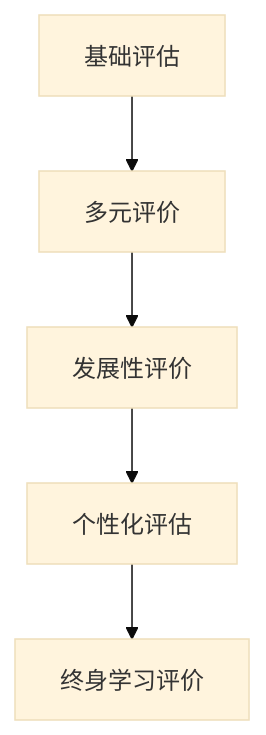
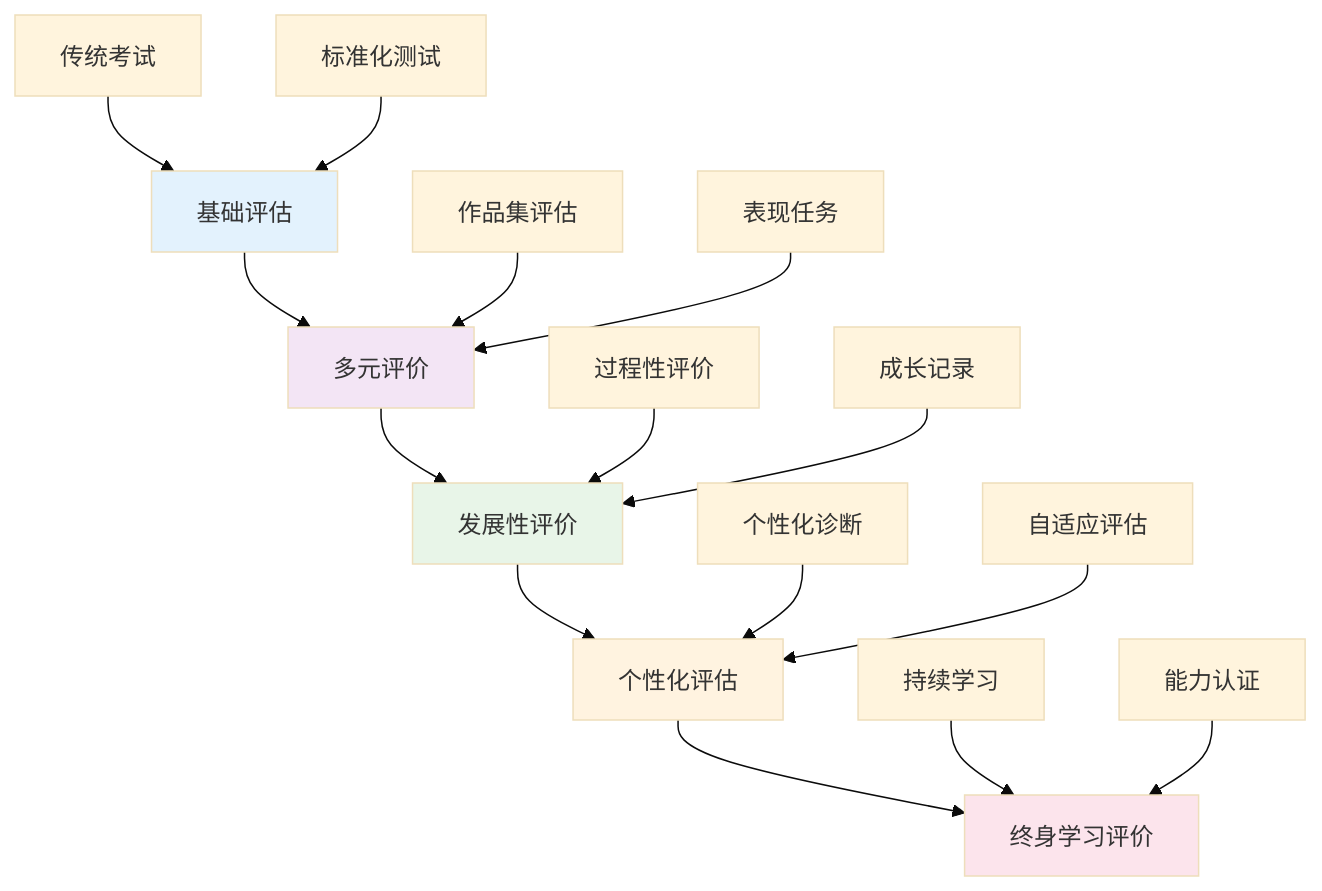
The second of 7 diagrams in 04-评估与发展/01-学习评估体系.md (AdaMartin18010/SeniorEnducation), drawn with Mermaid (base theme) before and after one commit. The commit also changed other lines of this file and 16 other files, not shown here.

````diff
--- a/04-评估与发展/01-学习评估体系.md
+++ b/04-评估与发展/01-学习评估体系.md
@@ -190,7 +168,24 @@
 ```mermaid
 graph TD
     A[基础评估] --> B[多元评价]
     B --> C[发展性评价]
     C --> D[个性化评估]
     D --> E[终身学习评价]
+    
+    A1[传统考试] --> A
+    A2[标准化测试] --> A
+    B1[作品集评估] --> B
+    B2[表现任务] --> B
+    C1[过程性评价] --> C
+    C2[成长记录] --> C
+    D1[个性化诊断] --> D
+    D2[自适应评估] --> D
+    E1[持续学习] --> E
+    E2[能力认证] --> E
+    
+    style A fill:#e3f2fd
+    style B fill:#f3e5f5
+    style C fill:#e8f5e8
+    style D fill:#fff3e0
+    style E fill:#fce4ec
 ```
````
